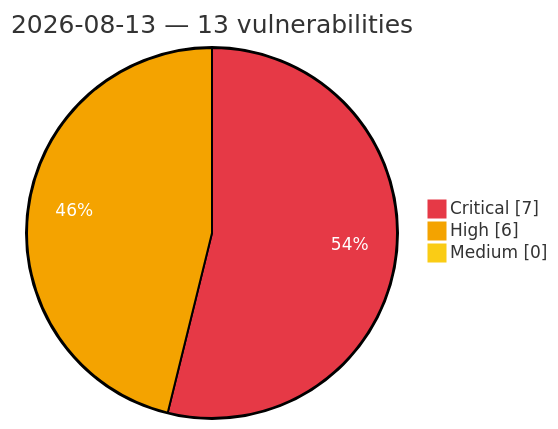
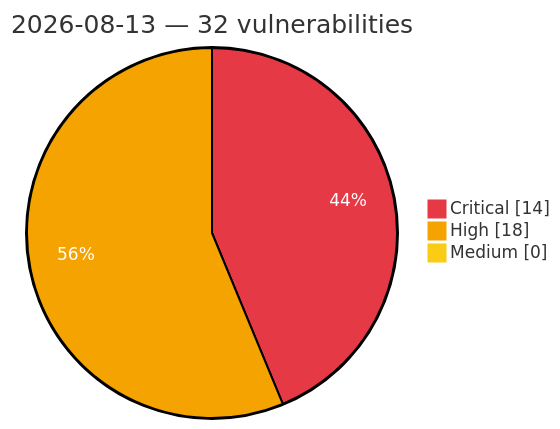
One commit to GhostX0X/vuln-tracker changed the diagram in vulnerabilities/2026/August/2026-08-13.md. Above: the diagram before and after it, drawn with Mermaid. The commit also changed other lines of this file and 5 other files, not shown here.

Commit message:
Auto update: critical/high vulns (2026-08-13 13:36 UTC)

````diff
--- a/vulnerabilities/2026/August/2026-08-13.md
+++ b/vulnerabilities/2026/August/2026-08-13.md
@@ -3,8 +3,8 @@
 ```mermaid
 %%{init: {'theme':'base', 'themeVariables': {'pie1':'#e63946', 'pie2':'#f4a300', 'pie3':'#facc15', 'pieOpacity':'1', 'pieOuterStrokeWidth':'2px', 'pieSectionTextColor':'#ffffff'}}}%%
 pie showData
-    title 2026-08-13 — 13 vulnerabilities
-    "Critical" : 7
-    "High" : 6
+    title 2026-08-13 — 32 vulnerabilities
+    "Critical" : 14
+    "High" : 18
     "Medium" : 0
 ```
````
